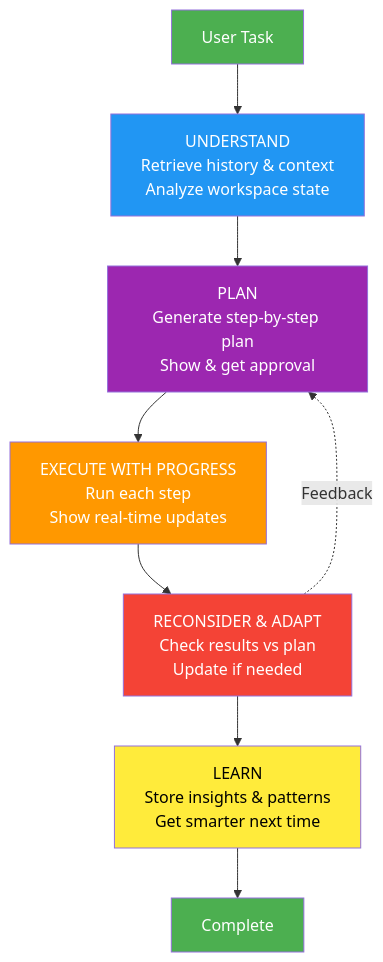
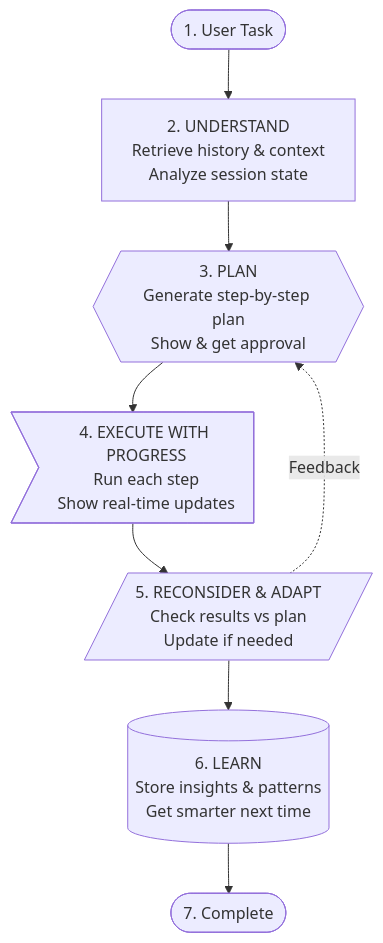
The second of 11 diagrams in README.md (ianwesterfield/aj.westerfield.cloud), drawn with Mermaid before and after one commit. The commit also changed other lines of this file and 48 other files, not shown here.

First line of the commit message:
Refactor WorkspaceState to SessionState and update related tests

````diff
--- a/README.md
+++ b/README.md
@@ -81,18 +125,10 @@
 ```mermaid
 graph TD
-    A["User Task"] --> B["UNDERSTAND<br/>Retrieve history & context<br/>Analyze workspace state"]
-    B --> C["PLAN<br/>Generate step-by-step plan<br/>Show & get approval"]
-    C --> D["EXECUTE WITH PROGRESS<br/>Run each step<br/>Show real-time updates"]
-    D --> E["RECONSIDER & ADAPT<br/>Check results vs plan<br/>Update if needed"]
-    E --> F["LEARN<br/>Store insights & patterns<br/>Get smarter next time"]
-    F --> G["Complete"]
+    A(["1. User Task"]) --> B["2. UNDERSTAND<br/>Retrieve history & context<br/>Analyze session state"]
+    B --> C{{"3. PLAN<br/>Generate step-by-step plan<br/>Show & get approval"}}
+    C --> D>"4. EXECUTE WITH PROGRESS<br/>Run each step<br/>Show real-time updates"]
+    D --> E[/"5. RECONSIDER & ADAPT<br/>Check results vs plan<br/>Update if needed"/]
+    E --> F[("6. LEARN<br/>Store insights & patterns<br/>Get smarter next time")]
+    F --> G(["7. Complete"])
     E -.->|Feedback| C
-
-    style A fill:#4CAF50,color:#fff
-    style B fill:#2196F3,color:#fff
-    style C fill:#9C27B0,color:#fff
-    style D fill:#FF9800,color:#fff
-    style E fill:#F44336,color:#fff
-    style F fill:#FFEB3B,color:#000
-    style G fill:#4CAF50,color:#fff
 ```
````
